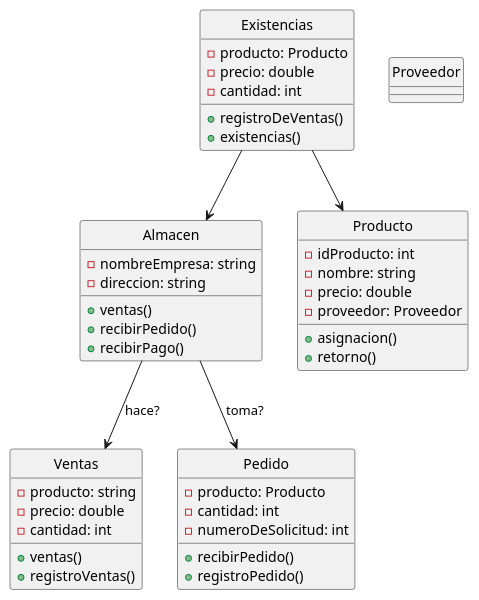
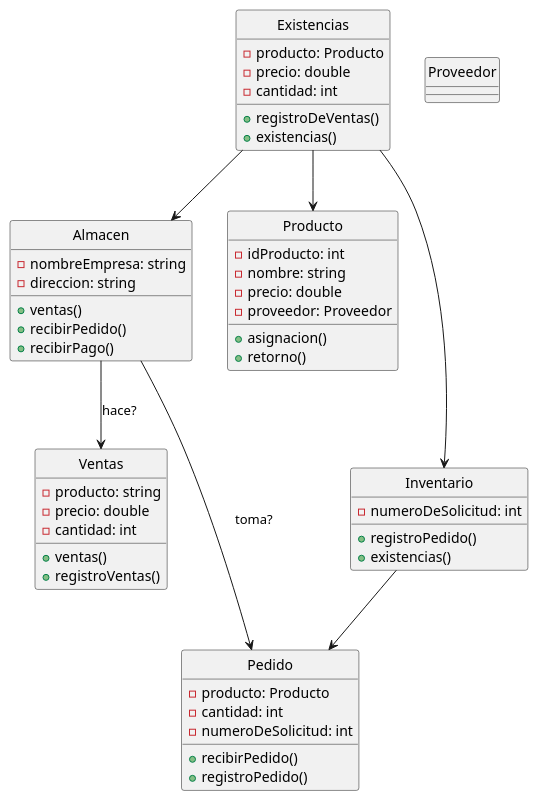
Before and after one commit to emiestevarena/Integrador2: the diagram in Trabajo_en_grupo.plantuml, drawn with PlantUML. The commit also changed 1 other file, not shown here.

Commit message:
Inventario agregado

```diff
--- a/Trabajo_en_grupo.plantuml
+++ b/Trabajo_en_grupo.plantuml
@@ -1,52 +1,60 @@
 @startuml latercera
 skinparam  Style strictuml
 skinparam  SequenceMessageAlignment center
 
 class Ventas{
     - producto: string
     - precio: double
     - cantidad: int
     +ventas()
     +registroVentas()
 }
 
 class Almacen{
     - nombreEmpresa: string
     - direccion: string
     +ventas()
     +recibirPedido()
     +recibirPago()
 }
 
 class Pedido{
     - producto: Producto
     - cantidad: int
     - numeroDeSolicitud: int
     +recibirPedido()
     +registroPedido()
 }
 
 class Existencias{
     -producto: Producto
     -precio: double
     -cantidad: int
     +registroDeVentas()
     +existencias()
 }
 
 class Producto{
     -idProducto: int
     -nombre: string
     -precio: double
     -proveedor: Proveedor
     +asignacion()
     +retorno()
 }
 
+class Inventario{
+    -numeroDeSolicitud: int
+    +registroPedido()
+    +existencias()
+}
+
 class Proveedor{}
 
 Almacen-->Ventas: hace?
 Almacen-->Pedido: toma?
 Existencias-->Almacen
 Existencias-->Producto
+Inventario-->Pedido
+Existencias--->Inventario
 @enduml
```
